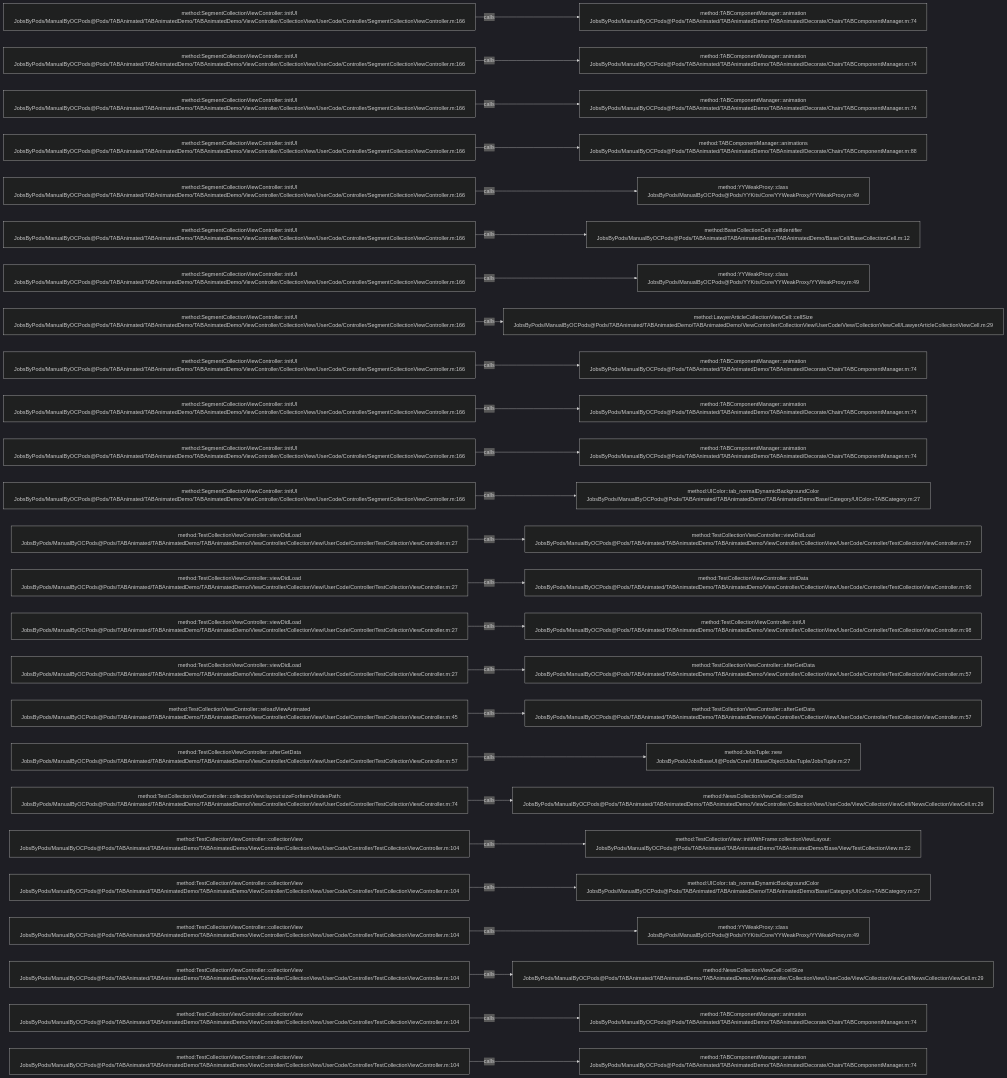
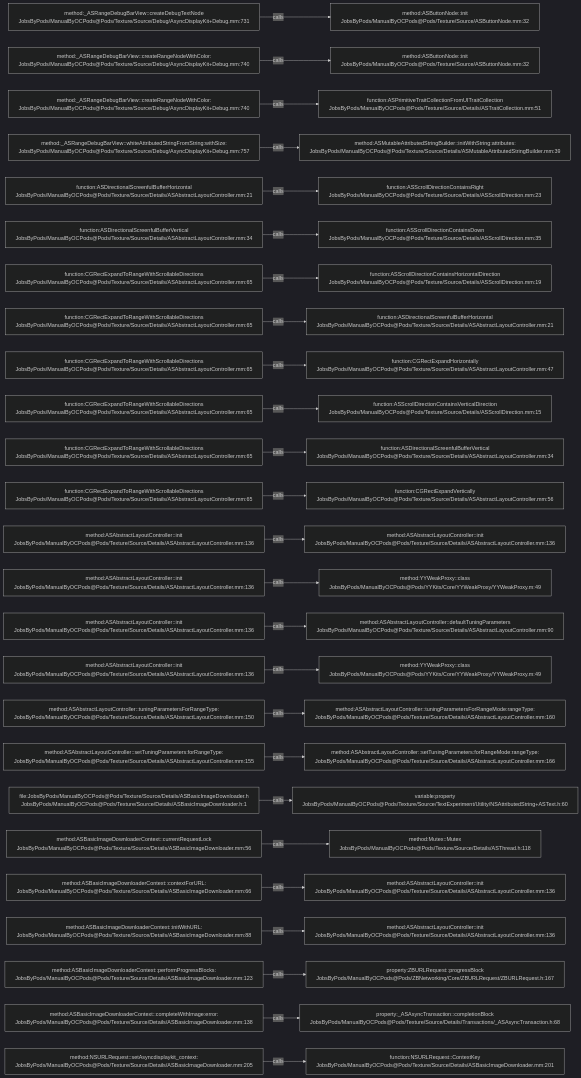
One commit to JobsKits/JobsOCBaseConfigDemo changed the diagram in .codegraph/codegraph.md/graphs/calls-158.md. Above: the diagram before and after it, drawn with Mermaid (dark theme). The commit also changed 2162 other files, not shown here.

````diff
--- a/.codegraph/codegraph.md/graphs/calls-158.md
+++ b/.codegraph/codegraph.md/graphs/calls-158.md
@@ -13,78 +13,78 @@
 ```mermaid
 flowchart LR
-  S1["method:SegmentCollectionViewController::initUI<br/>JobsByPods/ManualByOCPods@Pods/TABAnimated/TABAnimatedDemo/TABAnimatedDemo/ViewController/CollectionView/UserCode/Controller/SegmentCollectionViewController.m:166"]
-  T1["method:TABComponentManager::animation<br/>JobsByPods/ManualByOCPods@Pods/TABAnimated/TABAnimatedDemo/TABAnimated/Decorate/Chain/TABComponentManager.m:74"]
+  S1["method:_ASRangeDebugBarView::createDebugTextNode<br/>JobsByPods/ManualByOCPods@Pods/Texture/Source/Debug/AsyncDisplayKit+Debug.mm:731"]
+  T1["method:ASButtonNode::init<br/>JobsByPods/ManualByOCPods@Pods/Texture/Source/ASButtonNode.mm:32"]
   S1 -->|calls| T1
-  S2["method:SegmentCollectionViewController::initUI<br/>JobsByPods/ManualByOCPods@Pods/TABAnimated/TABAnimatedDemo/TABAnimatedDemo/ViewController/CollectionView/UserCode/Controller/SegmentCollectionViewController.m:166"]
-  T2["method:TABComponentManager::animation<br/>JobsByPods/ManualByOCPods@Pods/TABAnimated/TABAnimatedDemo/TABAnimated/Decorate/Chain/TABComponentManager.m:74"]
+  S2["method:_ASRangeDebugBarView::createRangeNodeWithColor:<br/>JobsByPods/ManualByOCPods@Pods/Texture/Source/Debug/AsyncDisplayKit+Debug.mm:740"]
+  T2["method:ASButtonNode::init<br/>JobsByPods/ManualByOCPods@Pods/Texture/Source/ASButtonNode.mm:32"]
   S2 -->|calls| T2
-  S3["method:SegmentCollectionViewController::initUI<br/>JobsByPods/ManualByOCPods@Pods/TABAnimated/TABAnimatedDemo/TABAnimatedDemo/ViewController/CollectionView/UserCode/Controller/SegmentCollectionViewController.m:166"]
-  T3["method:TABComponentManager::animation<br/>JobsByPods/ManualByOCPods@Pods/TABAnimated/TABAnimatedDemo/TABAnimated/Decorate/Chain/TABComponentManager.m:74"]
+  S3["method:_ASRangeDebugBarView::createRangeNodeWithColor:<br/>JobsByPods/ManualByOCPods@Pods/Texture/Source/Debug/AsyncDisplayKit+Debug.mm:740"]
+  T3["function:ASPrimitiveTraitCollectionFromUITraitCollection<br/>JobsByPods/ManualByOCPods@Pods/Texture/Source/Details/ASTraitCollection.mm:51"]
   S3 -->|calls| T3
-  S4["method:SegmentCollectionViewController::initUI<br/>JobsByPods/ManualByOCPods@Pods/TABAnimated/TABAnimatedDemo/TABAnimatedDemo/ViewController/CollectionView/UserCode/Controller/SegmentCollectionViewController.m:166"]
-  T4["method:TABComponentManager::animations<br/>JobsByPods/ManualByOCPods@Pods/TABAnimated/TABAnimatedDemo/TABAnimated/Decorate/Chain/TABComponentManager.m:88"]
+  S4["method:_ASRangeDebugBarView::whiteAttributedStringFromString:withSize:<br/>JobsByPods/ManualByOCPods@Pods/Texture/Source/Debug/AsyncDisplayKit+Debug.mm:757"]
+  T4["method:ASMutableAttributedStringBuilder::initWithString:attributes:<br/>JobsByPods/ManualByOCPods@Pods/Texture/Source/Details/ASMutableAttributedStringBuilder.mm:39"]
   S4 -->|calls| T4
-  S5["method:SegmentCollectionViewController::initUI<br/>JobsByPods/ManualByOCPods@Pods/TABAnimated/TABAnimatedDemo/TABAnimatedDemo/ViewController/CollectionView/UserCode/Controller/SegmentCollectionViewController.m:166"]
-  T5["method:YYWeakProxy::class<br/>JobsByPods/ManualByOCPods@Pods/YYKits/Core/YYWeakProxy/YYWeakProxy.m:49"]
+  S5["function:ASDirectionalScreenfulBufferHorizontal<br/>JobsByPods/ManualByOCPods@Pods/Texture/Source/Details/ASAbstractLayoutController.mm:21"]
+  T5["function:ASScrollDirectionContainsRight<br/>JobsByPods/ManualByOCPods@Pods/Texture/Source/Details/ASScrollDirection.mm:23"]
   S5 -->|calls| T5
-  S6["method:SegmentCollectionViewController::initUI<br/>JobsByPods/ManualByOCPods@Pods/TABAnimated/TABAnimatedDemo/TABAnimatedDemo/ViewController/CollectionView/UserCode/Controller/SegmentCollectionViewController.m:166"]
-  T6["method:BaseCollectionCell::cellIdentifier<br/>JobsByPods/ManualByOCPods@Pods/TABAnimated/TABAnimatedDemo/TABAnimatedDemo/Base/Cell/BaseCollectionCell.m:12"]
+  S6["function:ASDirectionalScreenfulBufferVertical<br/>JobsByPods/ManualByOCPods@Pods/Texture/Source/Details/ASAbstractLayoutController.mm:34"]
+  T6["function:ASScrollDirectionContainsDown<br/>JobsByPods/ManualByOCPods@Pods/Texture/Source/Details/ASScrollDirection.mm:35"]
   S6 -->|calls| T6
-  S7["method:SegmentCollectionViewController::initUI<br/>JobsByPods/ManualByOCPods@Pods/TABAnimated/TABAnimatedDemo/TABAnimatedDemo/ViewController/CollectionView/UserCode/Controller/SegmentCollectionViewController.m:166"]
-  T7["method:YYWeakProxy::class<br/>JobsByPods/ManualByOCPods@Pods/YYKits/Core/YYWeakProxy/YYWeakProxy.m:49"]
+  S7["function:CGRectExpandToRangeWithScrollableDirections<br/>JobsByPods/ManualByOCPods@Pods/Texture/Source/Details/ASAbstractLayoutController.mm:65"]
+  T7["function:ASScrollDirectionContainsHorizontalDirection<br/>JobsByPods/ManualByOCPods@Pods/Texture/Source/Details/ASScrollDirection.mm:19"]
   S7 -->|calls| T7
-  S8["method:SegmentCollectionViewController::initUI<br/>JobsByPods/ManualByOCPods@Pods/TABAnimated/TABAnimatedDemo/TABAnimatedDemo/ViewController/CollectionView/UserCode/Controller/SegmentCollectionViewController.m:166"]
-  T8["method:LawyerArticleCollectionViewCell::cellSize<br/>JobsByPods/ManualByOCPods@Pods/TABAnimated/TABAnimatedDemo/TABAnimatedDemo/ViewController/CollectionView/UserCode/View/CollectionViewCell/LawyerArticleCollectionViewCell.m:29"]
+  S8["function:CGRectExpandToRangeWithScrollableDirections<br/>JobsByPods/ManualByOCPods@Pods/Texture/Source/Details/ASAbstractLayoutController.mm:65"]
+  T8["function:ASDirectionalScreenfulBufferHorizontal<br/>JobsByPods/ManualByOCPods@Pods/Texture/Source/Details/ASAbstractLayoutController.mm:21"]
   S8 -->|calls| T8
-  S9["method:SegmentCollectionViewController::initUI<br/>JobsByPods/ManualByOCPods@Pods/TABAnimated/TABAnimatedDemo/TABAnimatedDemo/ViewController/CollectionView/UserCode/Controller/SegmentCollectionViewController.m:166"]
-  T9["method:TABComponentManager::animation<br/>JobsByPods/ManualByOCPods@Pods/TABAnimated/TABAnimatedDemo/TABAnimated/Decorate/Chain/TABComponentManager.m:74"]
+  S9["function:CGRectExpandToRangeWithScrollableDirections<br/>JobsByPods/ManualByOCPods@Pods/Texture/Source/Details/ASAbstractLayoutController.mm:65"]
+  T9["function:CGRectExpandHorizontally<br/>JobsByPods/ManualByOCPods@Pods/Texture/Source/Details/ASAbstractLayoutController.mm:47"]
   S9 -->|calls| T9
-  S10["method:SegmentCollectionViewController::initUI<br/>JobsByPods/ManualByOCPods@Pods/TABAnimated/TABAnimatedDemo/TABAnimatedDemo/ViewController/CollectionView/UserCode/Controller/SegmentCollectionViewController.m:166"]
-  T10["method:TABComponentManager::animation<br/>JobsByPods/ManualByOCPods@Pods/TABAnimated/TABAnimatedDemo/TABAnimated/Decorate/Chain/TABComponentManager.m:74"]
+  S10["function:CGRectExpandToRangeWithScrollableDirections<br/>JobsByPods/ManualByOCPods@Pods/Texture/Source/Details/ASAbstractLayoutController.mm:65"]
+  T10["function:ASScrollDirectionContainsVerticalDirection<br/>JobsByPods/ManualByOCPods@Pods/Texture/Source/Details/ASScrollDirection.mm:15"]
   S10 -->|calls| T10
-  S11["method:SegmentCollectionViewController::initUI<br/>JobsByPods/ManualByOCPods@Pods/TABAnimated/TABAnimatedDemo/TABAnimatedDemo/ViewController/CollectionView/UserCode/Controller/SegmentCollectionViewController.m:166"]
-  T11["method:TABComponentManager::animation<br/>JobsByPods/ManualByOCPods@Pods/TABAnimated/TABAnimatedDemo/TABAnimated/Decorate/Chain/TABComponentManager.m:74"]
+  S11["function:CGRectExpandToRangeWithScrollableDirections<br/>JobsByPods/ManualByOCPods@Pods/Texture/Source/Details/ASAbstractLayoutController.mm:65"]
+  T11["function:ASDirectionalScreenfulBufferVertical<br/>JobsByPods/ManualByOCPods@Pods/Texture/Source/Details/ASAbstractLayoutController.mm:34"]
   S11 -->|calls| T11
-  S12["method:SegmentCollectionViewController::initUI<br/>JobsByPods/ManualByOCPods@Pods/TABAnimated/TABAnimatedDemo/TABAnimatedDemo/ViewController/CollectionView/UserCode/Controller/SegmentCollectionViewController.m:166"]
-  T12["method:UIColor::tab_normalDynamicBackgroundColor<br/>JobsByPods/ManualByOCPods@Pods/TABAnimated/TABAnimatedDemo/TABAnimatedDemo/Base/Category/UIColor+TABCategory.m:27"]
+  S12["function:CGRectExpandToRangeWithScrollableDirections<br/>JobsByPods/ManualByOCPods@Pods/Texture/Source/Details/ASAbstractLayoutController.mm:65"]
+  T12["function:CGRectExpandVertically<br/>JobsByPods/ManualByOCPods@Pods/Texture/Source/Details/ASAbstractLayoutController.mm:56"]
   S12 -->|calls| T12
-  S13["method:TestCollectionViewController::viewDidLoad<br/>JobsByPods/ManualByOCPods@Pods/TABAnimated/TABAnimatedDemo/TABAnimatedDemo/ViewController/CollectionView/UserCode/Controller/TestCollectionViewController.m:27"]
-  T13["method:TestCollectionViewController::viewDidLoad<br/>JobsByPods/ManualByOCPods@Pods/TABAnimated/TABAnimatedDemo/TABAnimatedDemo/ViewController/CollectionView/UserCode/Controller/TestCollectionViewController.m:27"]
+  S13["method:ASAbstractLayoutController::init<br/>JobsByPods/ManualByOCPods@Pods/Texture/Source/Details/ASAbstractLayoutController.mm:136"]
+  T13["method:ASAbstractLayoutController::init<br/>JobsByPods/ManualByOCPods@Pods/Texture/Source/Details/ASAbstractLayoutController.mm:136"]
   S13 -->|calls| T13
-  S14["method:TestCollectionViewController::viewDidLoad<br/>JobsByPods/ManualByOCPods@Pods/TABAnimated/TABAnimatedDemo/TABAnimatedDemo/ViewController/CollectionView/UserCode/Controller/TestCollectionViewController.m:27"]
-  T14["method:TestCollectionViewController::initData<br/>JobsByPods/ManualByOCPods@Pods/TABAnimated/TABAnimatedDemo/TABAnimatedDemo/ViewController/CollectionView/UserCode/Controller/TestCollectionViewController.m:90"]
+  S14["method:ASAbstractLayoutController::init<br/>JobsByPods/ManualByOCPods@Pods/Texture/Source/Details/ASAbstractLayoutController.mm:136"]
+  T14["method:YYWeakProxy::class<br/>JobsByPods/ManualByOCPods@Pods/YYKits/Core/YYWeakProxy/YYWeakProxy.m:49"]
   S14 -->|calls| T14
-  S15["method:TestCollectionViewController::viewDidLoad<br/>JobsByPods/ManualByOCPods@Pods/TABAnimated/TABAnimatedDemo/TABAnimatedDemo/ViewController/CollectionView/UserCode/Controller/TestCollectionViewController.m:27"]
-  T15["method:TestCollectionViewController::initUI<br/>JobsByPods/ManualByOCPods@Pods/TABAnimated/TABAnimatedDemo/TABAnimatedDemo/ViewController/CollectionView/UserCode/Controller/TestCollectionViewController.m:98"]
+  S15["method:ASAbstractLayoutController::init<br/>JobsByPods/ManualByOCPods@Pods/Texture/Source/Details/ASAbstractLayoutController.mm:136"]
+  T15["method:ASAbstractLayoutController::defaultTuningParameters<br/>JobsByPods/ManualByOCPods@Pods/Texture/Source/Details/ASAbstractLayoutController.mm:90"]
   S15 -->|calls| T15
-  S16["method:TestCollectionViewController::viewDidLoad<br/>JobsByPods/ManualByOCPods@Pods/TABAnimated/TABAnimatedDemo/TABAnimatedDemo/ViewController/CollectionView/UserCode/Controller/TestCollectionViewController.m:27"]
-  T16["method:TestCollectionViewController::afterGetData<br/>JobsByPods/ManualByOCPods@Pods/TABAnimated/TABAnimatedDemo/TABAnimatedDemo/ViewController/CollectionView/UserCode/Controller/TestCollectionViewController.m:57"]
+  S16["method:ASAbstractLayoutController::init<br/>JobsByPods/ManualByOCPods@Pods/Texture/Source/Details/ASAbstractLayoutController.mm:136"]
+  T16["method:YYWeakProxy::class<br/>JobsByPods/ManualByOCPods@Pods/YYKits/Core/YYWeakProxy/YYWeakProxy.m:49"]
   S16 -->|calls| T16
-  S17["method:TestCollectionViewController::reloadViewAnimated<br/>JobsByPods/ManualByOCPods@Pods/TABAnimated/TABAnimatedDemo/TABAnimatedDemo/ViewController/CollectionView/UserCode/Controller/TestCollectionViewController.m:45"]
-  T17["method:TestCollectionViewController::afterGetData<br/>JobsByPods/ManualByOCPods@Pods/TABAnimated/TABAnimatedDemo/TABAnimatedDemo/ViewController/CollectionView/UserCode/Controller/TestCollectionViewController.m:57"]
+  S17["method:ASAbstractLayoutController::tuningParametersForRangeType:<br/>JobsByPods/ManualByOCPods@Pods/Texture/Source/Details/ASAbstractLayoutController.mm:150"]
+  T17["method:ASAbstractLayoutController::tuningParametersForRangeMode:rangeType:<br/>JobsByPods/ManualByOCPods@Pods/Texture/Source/Details/ASAbstractLayoutController.mm:160"]
   S17 -->|calls| T17
-  S18["method:TestCollectionViewController::afterGetData<br/>JobsByPods/ManualByOCPods@Pods/TABAnimated/TABAnimatedDemo/TABAnimatedDemo/ViewController/CollectionView/UserCode/Controller/TestCollectionViewController.m:57"]
-  T18["method:JobsTuple::new<br/>JobsByPods/JobsBaseUI@Pods/Core/UIBaseObject/JobsTuple/JobsTuple.m:27"]
+  S18["method:ASAbstractLayoutController::setTuningParameters:forRangeType:<br/>JobsByPods/ManualByOCPods@Pods/Texture/Source/Details/ASAbstractLayoutController.mm:155"]
+  T18["method:ASAbstractLayoutController::setTuningParameters:forRangeMode:rangeType:<br/>JobsByPods/ManualByOCPods@Pods/Texture/Source/Details/ASAbstractLayoutController.mm:166"]
   S18 -->|calls| T18
-  S19["method:TestCollectionViewController::collectionView:layout:sizeForItemAtIndexPath:<br/>JobsByPods/ManualByOCPods@Pods/TABAnimated/TABAnimatedDemo/TABAnimatedDemo/ViewController/CollectionView/UserCode/Controller/TestCollectionViewController.m:74"]
-  T19["method:NewsCollectionViewCell::cellSize<br/>JobsByPods/ManualByOCPods@Pods/TABAnimated/TABAnimatedDemo/TABAnimatedDemo/ViewController/CollectionView/UserCode/View/CollectionViewCell/NewsCollectionViewCell.m:29"]
+  S19["file:JobsByPods/ManualByOCPods@Pods/Texture/Source/Details/ASBasicImageDownloader.h<br/>JobsByPods/ManualByOCPods@Pods/Texture/Source/Details/ASBasicImageDownloader.h:1"]
+  T19["variable:property<br/>JobsByPods/ManualByOCPods@Pods/Texture/Source/TextExperiment/Utility/NSAttributedString+ASText.h:60"]
   S19 -->|calls| T19
-  S20["method:TestCollectionViewController::collectionView<br/>JobsByPods/ManualByOCPods@Pods/TABAnimated/TABAnimatedDemo/TABAnimatedDemo/ViewController/CollectionView/UserCode/Controller/TestCollectionViewController.m:104"]
-  T20["method:TestCollectionView::initWithFrame:collectionViewLayout:<br/>JobsByPods/ManualByOCPods@Pods/TABAnimated/TABAnimatedDemo/TABAnimatedDemo/Base/View/TestCollectionView.m:22"]
+  S20["method:ASBasicImageDownloaderContext::currentRequestLock<br/>JobsByPods/ManualByOCPods@Pods/Texture/Source/Details/ASBasicImageDownloader.mm:56"]
+  T20["method:Mutex::Mutex<br/>JobsByPods/ManualByOCPods@Pods/Texture/Source/Details/ASThread.h:118"]
   S20 -->|calls| T20
-  S21["method:TestCollectionViewController::collectionView<br/>JobsByPods/ManualByOCPods@Pods/TABAnimated/TABAnimatedDemo/TABAnimatedDemo/ViewController/CollectionView/UserCode/Controller/TestCollectionViewController.m:104"]
-  T21["method:UIColor::tab_normalDynamicBackgroundColor<br/>JobsByPods/ManualByOCPods@Pods/TABAnimated/TABAnimatedDemo/TABAnimatedDemo/Base/Category/UIColor+TABCategory.m:27"]
+  S21["method:ASBasicImageDownloaderContext::contextForURL:<br/>JobsByPods/ManualByOCPods@Pods/Texture/Source/Details/ASBasicImageDownloader.mm:66"]
+  T21["method:ASAbstractLayoutController::init<br/>JobsByPods/ManualByOCPods@Pods/Texture/Source/Details/ASAbstractLayoutController.mm:136"]
   S21 -->|calls| T21
-  S22["method:TestCollectionViewController::collectionView<br/>JobsByPods/ManualByOCPods@Pods/TABAnimated/TABAnimatedDemo/TABAnimatedDemo/ViewController/CollectionView/UserCode/Controller/TestCollectionViewController.m:104"]
-  T22["method:YYWeakProxy::class<br/>JobsByPods/ManualByOCPods@Pods/YYKits/Core/YYWeakProxy/YYWeakProxy.m:49"]
+  S22["method:ASBasicImageDownloaderContext::initWithURL:<br/>JobsByPods/ManualByOCPods@Pods/Texture/Source/Details/ASBasicImageDownloader.mm:88"]
+  T22["method:ASAbstractLayoutController::init<br/>JobsByPods/ManualByOCPods@Pods/Texture/Source/Details/ASAbstractLayoutController.mm:136"]
   S22 -->|calls| T22
-  S23["method:TestCollectionViewController::collectionView<br/>JobsByPods/ManualByOCPods@Pods/TABAnimated/TABAnimatedDemo/TABAnimatedDemo/ViewController/CollectionView/UserCode/Controller/TestCollectionViewController.m:104"]
-  T23["method:NewsCollectionViewCell::cellSize<br/>JobsByPods/ManualByOCPods@Pods/TABAnimated/TABAnimatedDemo/TABAnimatedDemo/ViewController/CollectionView/UserCode/View/CollectionViewCell/NewsCollectionViewCell.m:29"]
+  S23["method:ASBasicImageDownloaderContext::performProgressBlocks:<br/>JobsByPods/ManualByOCPods@Pods/Texture/Source/Details/ASBasicImageDownloader.mm:123"]
+  T23["property:ZBURLRequest::progressBlock<br/>JobsByPods/ManualByOCPods@Pods/ZBNetworking/Core/ZBURLRequest/ZBURLRequest.h:167"]
   S23 -->|calls| T23
-  S24["method:TestCollectionViewController::collectionView<br/>JobsByPods/ManualByOCPods@Pods/TABAnimated/TABAnimatedDemo/TABAnimatedDemo/ViewController/CollectionView/UserCode/Controller/TestCollectionViewController.m:104"]
-  T24["method:TABComponentManager::animation<br/>JobsByPods/ManualByOCPods@Pods/TABAnimated/TABAnimatedDemo/TABAnimated/Decorate/Chain/TABComponentManager.m:74"]
+  S24["method:ASBasicImageDownloaderContext::completeWithImage:error:<br/>JobsByPods/ManualByOCPods@Pods/Texture/Source/Details/ASBasicImageDownloader.mm:138"]
+  T24["property:_ASAsyncTransaction::completionBlock<br/>JobsByPods/ManualByOCPods@Pods/Texture/Source/Details/Transactions/_ASAsyncTransaction.h:68"]
   S24 -->|calls| T24
-  S25["method:TestCollectionViewController::collectionView<br/>JobsByPods/ManualByOCPods@Pods/TABAnimated/TABAnimatedDemo/TABAnimatedDemo/ViewController/CollectionView/UserCode/Controller/TestCollectionViewController.m:104"]
-  T25["method:TABComponentManager::animation<br/>JobsByPods/ManualByOCPods@Pods/TABAnimated/TABAnimatedDemo/TABAnimated/Decorate/Chain/TABComponentManager.m:74"]
+  S25["method:NSURLRequest::setAsyncdisplaykit_context:<br/>JobsByPods/ManualByOCPods@Pods/Texture/Source/Details/ASBasicImageDownloader.mm:205"]
+  T25["function:NSURLRequest::ContextKey<br/>JobsByPods/ManualByOCPods@Pods/Texture/Source/Details/ASBasicImageDownloader.mm:201"]
   S25 -->|calls| T25
 ```
````
